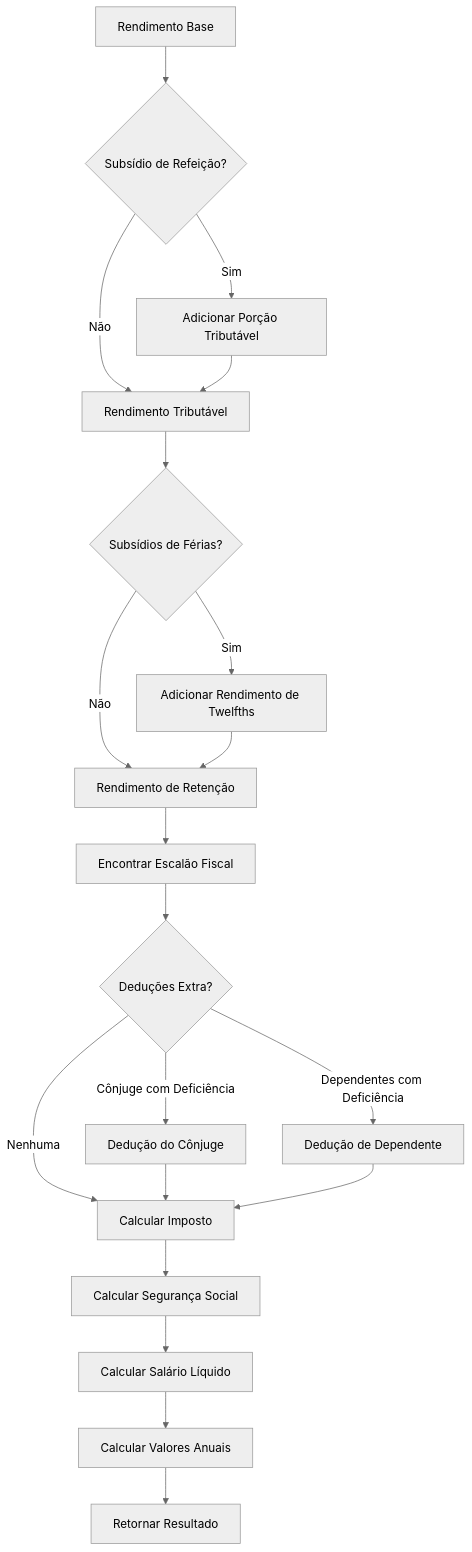
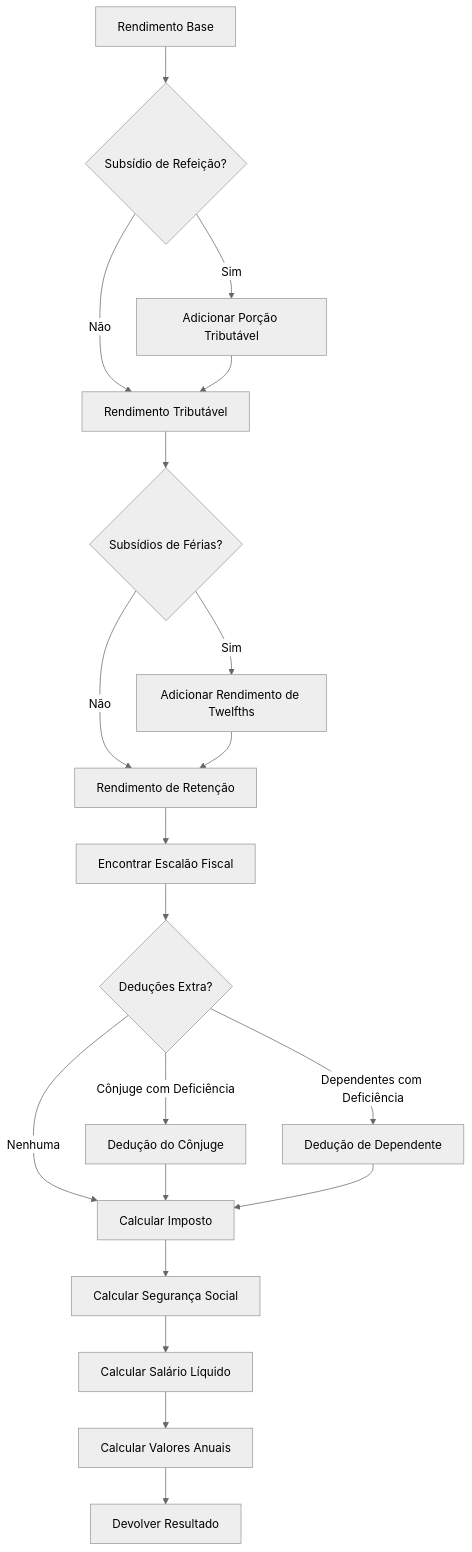
Before and after one commit to franciscobmacedo/saldo: the fifth of 7 diagrams in docs/content/pt/mermaid.mdx, drawn with Mermaid (neutral theme). The commit also changed 10 other files, not shown here.

````diff
--- a/docs/content/pt/mermaid.mdx
+++ b/docs/content/pt/mermaid.mdx
@@ -151,27 +151,27 @@
 ```mermaid
 graph TD
     Income[Rendimento Base] --> LunchCalc{Subsídio de Refeição?}
     LunchCalc -->|Sim| AddLunch[Adicionar Porção Tributável]
     LunchCalc -->|Não| TaxableIncome[Rendimento Tributável]
     AddLunch --> TaxableIncome
     
     TaxableIncome --> Twelfths{Subsídios de Férias?}
     Twelfths -->|Sim| AddTwelfths[Adicionar Rendimento de Twelfths]
     Twelfths -->|Não| RetentionIncome[Rendimento de Retenção]
     AddTwelfths --> RetentionIncome
     
     RetentionIncome --> TaxBracket[Encontrar Escalão Fiscal]
     TaxBracket --> Deductions{Deduções Extra?}
     
     Deductions -->|Cônjuge com Deficiência| PartnerDed[Dedução do Cônjuge]
     Deductions -->|Dependentes com Deficiência| DepDed[Dedução de Dependente]
     Deductions -->|Nenhuma| CalcTax[Calcular Imposto]
     
     PartnerDed --> CalcTax
     DepDed --> CalcTax
     
     CalcTax --> SocialSec[Calcular Segurança Social]
     SocialSec --> NetSalary[Calcular Salário Líquido]
     NetSalary --> YearlyCalc[Calcular Valores Anuais]
-    YearlyCalc --> Result[Retornar Resultado]
+    YearlyCalc --> Result[Devolver Resultado]
 ```
````
